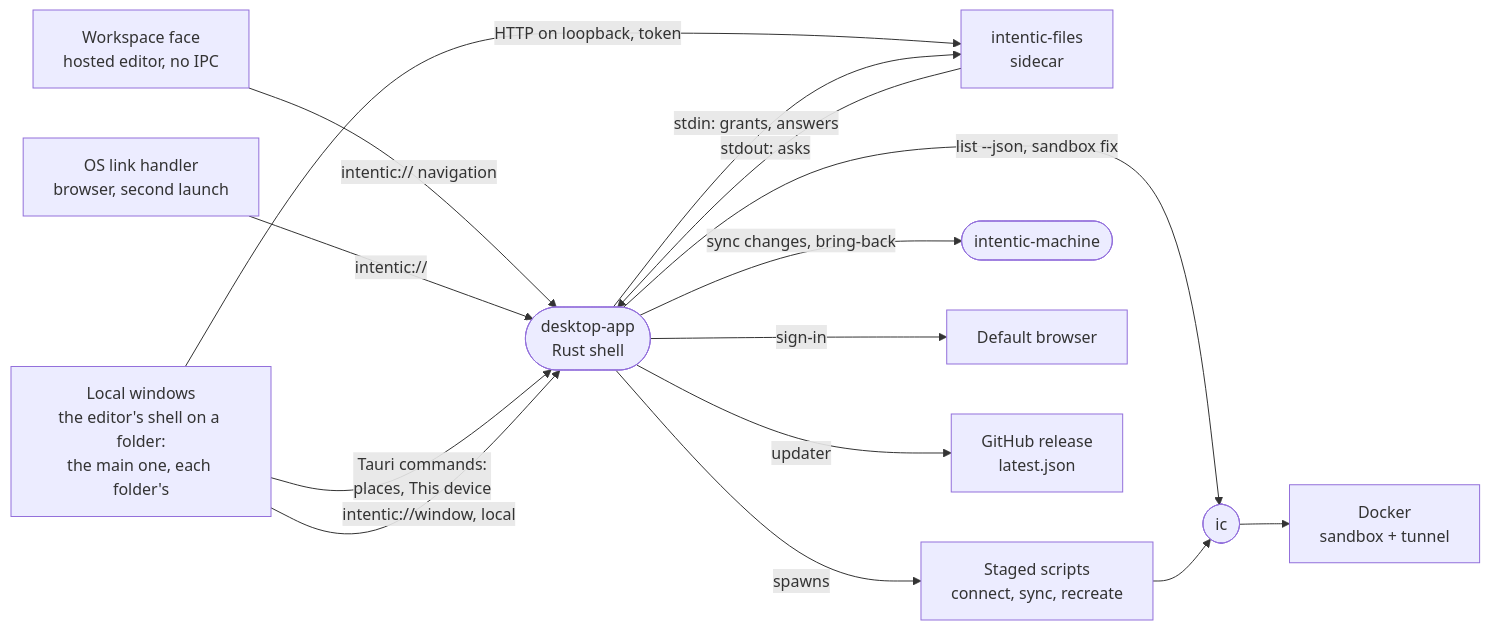
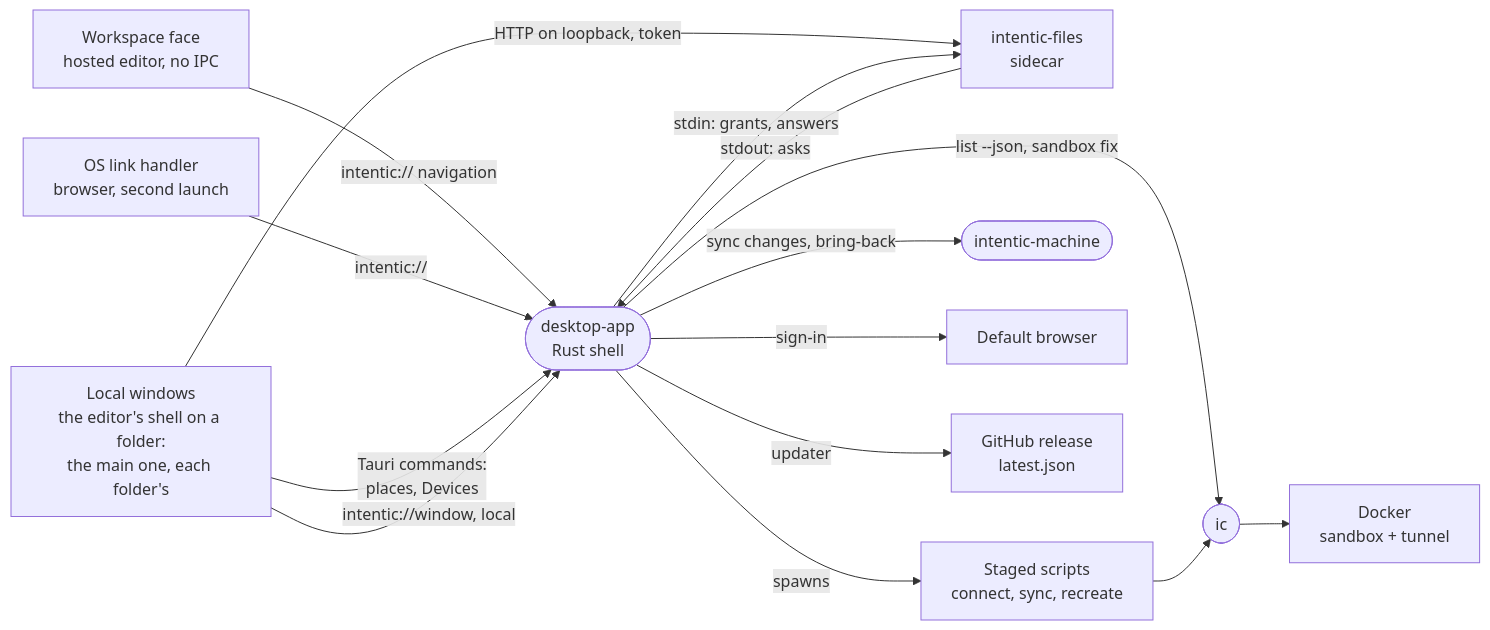
Before and after one commit to intentic/intentic: the diagram in _editor/desktop-app/README.md, drawn with Mermaid. The commit also changed other lines of this file and 48 other files, not shown here.

Commit message:
feat(devices): show each machine's OS mark and engine size on the Devices masthead

````diff
--- a/_editor/desktop-app/README.md
+++ b/_editor/desktop-app/README.md
@@ -5,17 +5,17 @@
 ```mermaid
 flowchart LR
     spa["Workspace face<br/>hosted editor, no IPC"] -->|"intentic:// navigation"| app(["desktop-app<br/>Rust shell"])
     os["OS link handler<br/>browser, second launch"] -->|"intentic://"| app
-    local["Local windows<br/>the editor's shell on a folder:<br/>the main one, each folder's"] -->|"Tauri commands:<br/>places, This device"| app
+    local["Local windows<br/>the editor's shell on a folder:<br/>the main one, each folder's"] -->|"Tauri commands:<br/>places, Devices"| app
     local -->|"intentic://window, local"| app
     local -->|"HTTP on loopback, token"| files["intentic-files<br/>sidecar"]
     app -->|"stdin: grants, answers"| files
     files -->|"stdout: asks"| app
     app -->|"spawns"| scripts["Staged scripts<br/>connect, sync, recreate"]
     app -->|"sync changes, bring-back"| machine(["intentic-machine"])
     app -->|"list --json, sandbox fix"| ic(["ic"])
     scripts --> ic
     ic --> docker["Docker<br/>sandbox + tunnel"]
     app -->|"sign-in"| browser["Default browser"]
     app -->|"updater"| release["GitHub release<br/>latest.json"]
 ```
````
